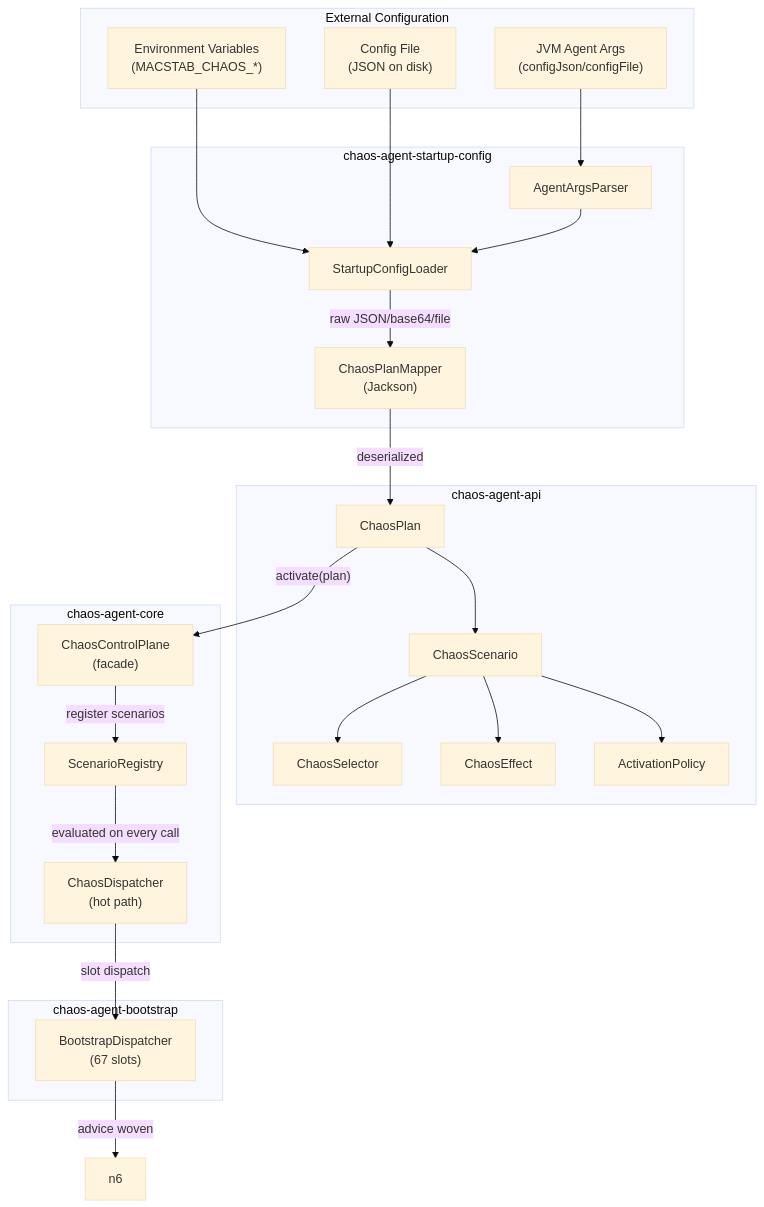
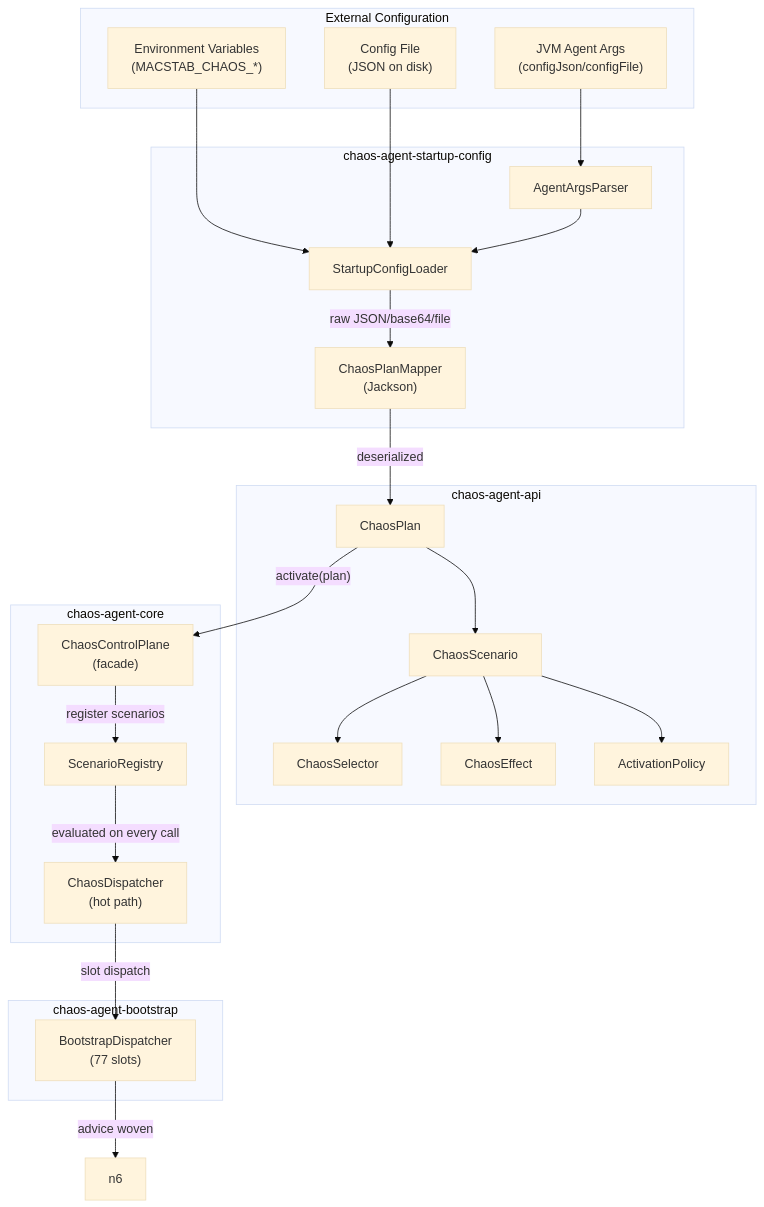
One commit to macstab/macstab-chaos-jvm-agent changed the first of 2 diagrams in docs/configuration-reference.md. Above: the diagram before and after it, drawn with Mermaid (base theme). The commit also changed other lines of this file and 3 other files, not shown here.

````diff
--- a/docs/configuration-reference.md
+++ b/docs/configuration-reference.md
@@ -246,43 +246,43 @@
 ```mermaid
 flowchart TB
   subgraph g1["External Configuration"]
     AgentArgs["JVM Agent Args<br/>(configJson/configFile)"]
     EnvVars["Environment Variables<br/>(MACSTAB_CHAOS_*)"]
     ConfigFile["Config File<br/>(JSON on disk)"]
   end
   subgraph g2["chaos-agent-startup-config"]
     SCL["StartupConfigLoader"]
     AAP["AgentArgsParser"]
     CPM["ChaosPlanMapper<br/>(Jackson)"]
   end
   subgraph g3["chaos-agent-api"]
     Plan["ChaosPlan"]
     Scenario["ChaosScenario"]
     Selector["ChaosSelector"]
     Effect["ChaosEffect"]
     Policy["ActivationPolicy"]
   end
   subgraph g4["chaos-agent-core"]
     CCP["ChaosControlPlane<br/>(facade)"]
     SR["ScenarioRegistry"]
     CD["ChaosDispatcher<br/>(hot path)"]
   end
   subgraph g5["chaos-agent-bootstrap"]
-    BD["BootstrapDispatcher<br/>(67 slots)"]
+    BD["BootstrapDispatcher<br/>(77 slots)"]
   end
   AgentArgs --> AAP
   EnvVars --> SCL
   ConfigFile --> SCL
   AAP --> SCL
   SCL -->|"raw JSON/base64/file"| CPM
   CPM -->|"deserialized"| Plan
   Plan --> Scenario
   Scenario --> Selector
   Scenario --> Effect
   Scenario --> Policy
   Plan -->|"activate(plan)"| CCP
   CCP -->|"register scenarios"| SR
   SR -->|"evaluated on every call"| CD
   CD -->|"slot dispatch"| BD
   BD -->|"advice woven"| n6
 ```
````
